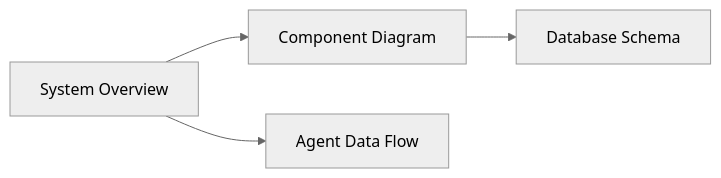
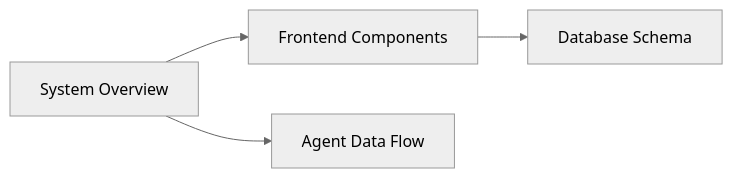
Before and after one commit to NormVg/bubbles.space: the first of 5 diagrams in ARCHITECTURE.md, drawn with Mermaid (neutral theme). The commit also changed other lines of this file, not shown here.

Commit message:
docs: update ARCHITECTURE.md using concrete service names per living-architecture skill

````diff
--- a/ARCHITECTURE.md
+++ b/ARCHITECTURE.md
@@ -5,6 +5,6 @@
 ```mermaid
 graph LR
-    SO[System Overview] --> CD[Component Diagram]
+    SO[System Overview] --> CD[Frontend Components]
     SO --> DF[Agent Data Flow]
     CD --> ER[Database Schema]
 ```
````
